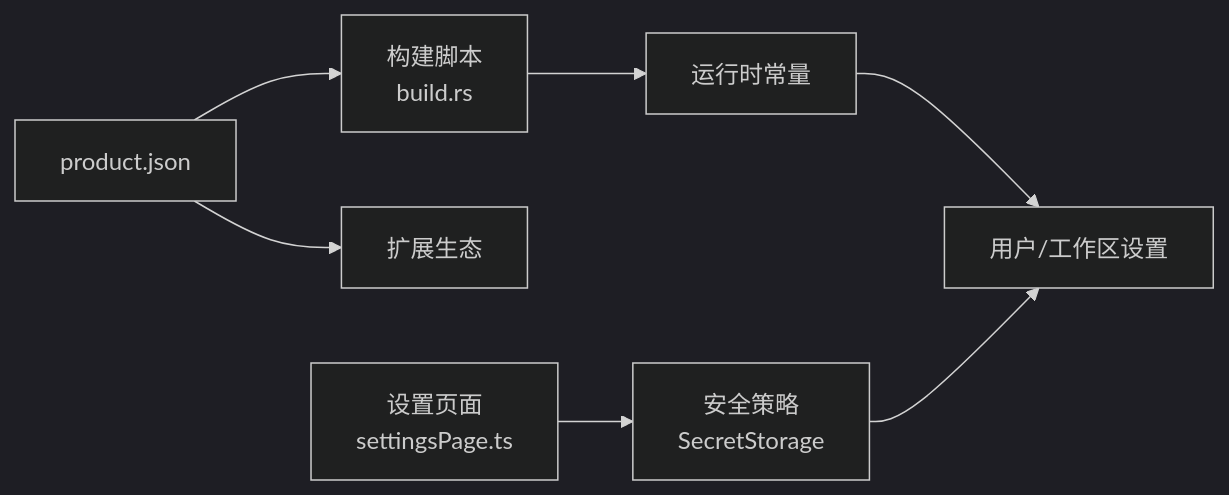
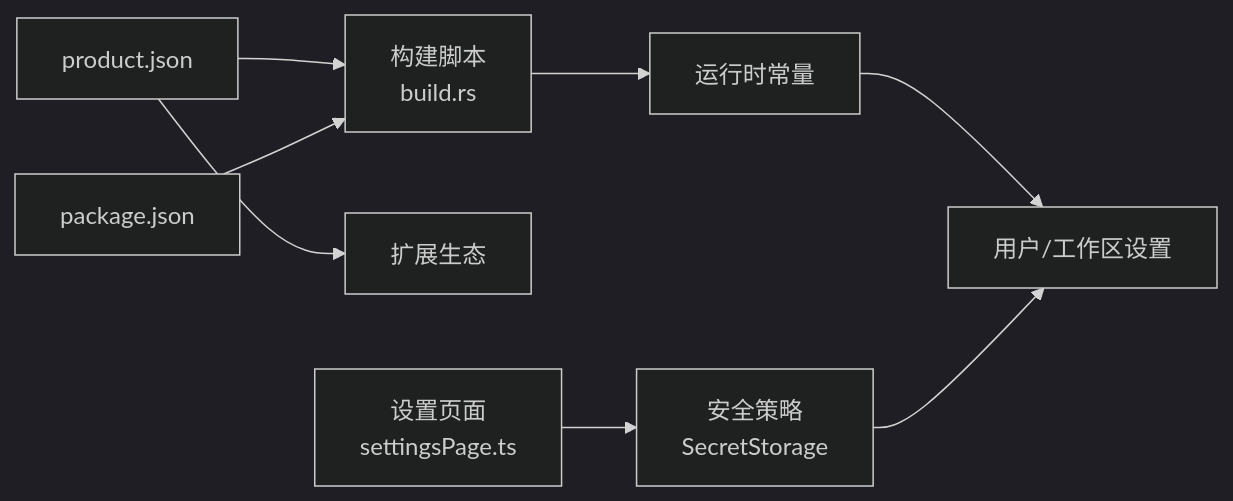
Before and after one commit to sofate798/KodrixCode: the fifth of 5 diagrams in .qoder/repowiki/zh/content/配置管理.md, drawn with Mermaid (dark theme). The commit also changed other lines of this file and 9 other files, not shown here.

````diff
--- a/.qoder/repowiki/zh/content/配置管理.md
+++ b/.qoder/repowiki/zh/content/配置管理.md
@@ -322,9 +379,10 @@
 ```mermaid
 graph LR
 P["product.json"] --> B["构建脚本<br/>build.rs"]
+PKG["package.json"] --> B
 B --> R["运行时常量"]
 R --> U["用户/工作区设置"]
 P --> E["扩展生态"]
 S["安全策略<br/>SecretStorage"] --> U
 SS["设置页面<br/>settingsPage.ts"] --> S
 ```
````
